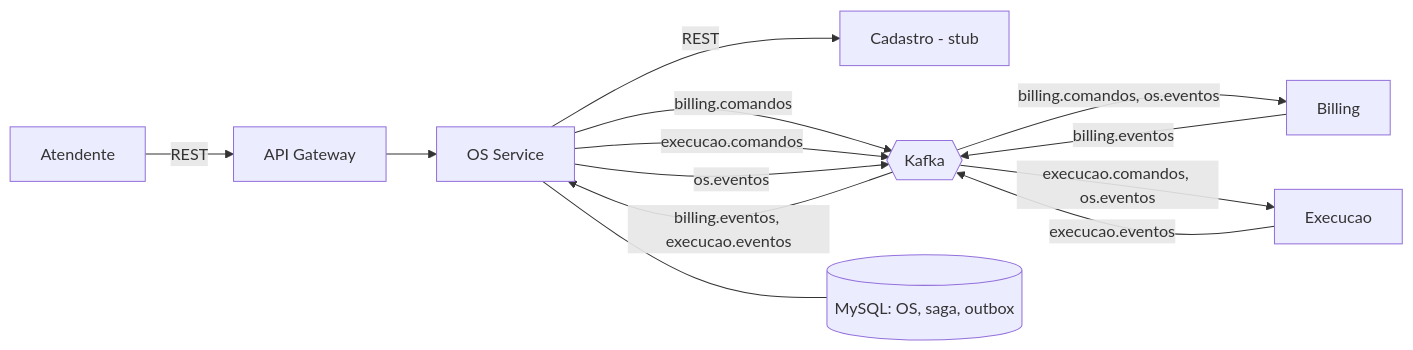
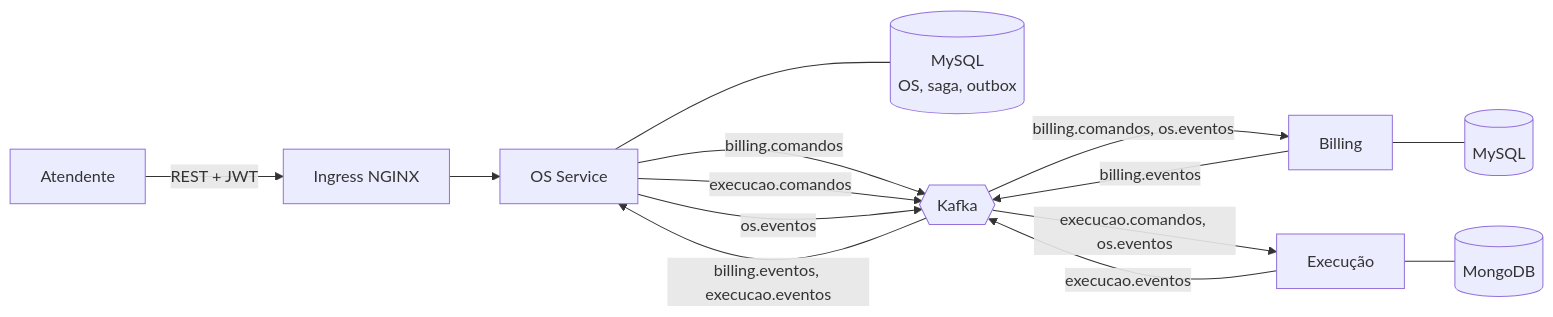
Before and after one commit to AutocenterFiap/autocenter-os-service: the first of 3 diagrams in README.md, drawn with Mermaid. The commit also changed other lines of this file and 12 other files, not shown here.

Commit message:
feat: integra o cadastro service no lugar do stub

````diff
--- a/README.md
+++ b/README.md
@@ -15,14 +40,15 @@
 ```mermaid
 flowchart LR
-    A[Atendente] -->|REST| GW[API Gateway] --> OS[OS Service]
-    OS -->|REST| CAD[Cadastro - stub]
+    A[Atendente] -->|REST + JWT| ING[Ingress NGINX] --> OS[OS Service]
+    OS --- DB[(MySQL<br/>OS, saga, outbox)]
     OS -->|billing.comandos| K{{Kafka}}
     OS -->|execucao.comandos| K
     OS -->|os.eventos| K
     K -->|billing.comandos, os.eventos| B[Billing]
-    K -->|execucao.comandos, os.eventos| E[Execucao]
+    K -->|execucao.comandos, os.eventos| E[Execução]
     B -->|billing.eventos| K
     E -->|execucao.eventos| K
     K -->|billing.eventos, execucao.eventos| OS
-    OS --- DB[(MySQL: OS, saga, outbox)]
+    B --- DBB[(MySQL)]
+    E --- DBE[(MongoDB)]
 ```
````
